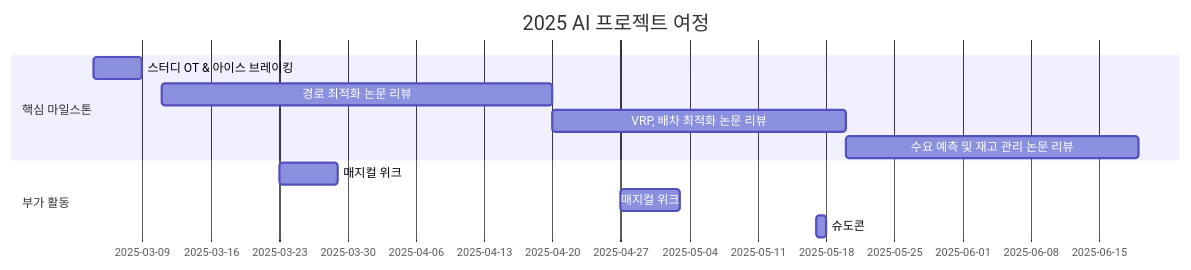
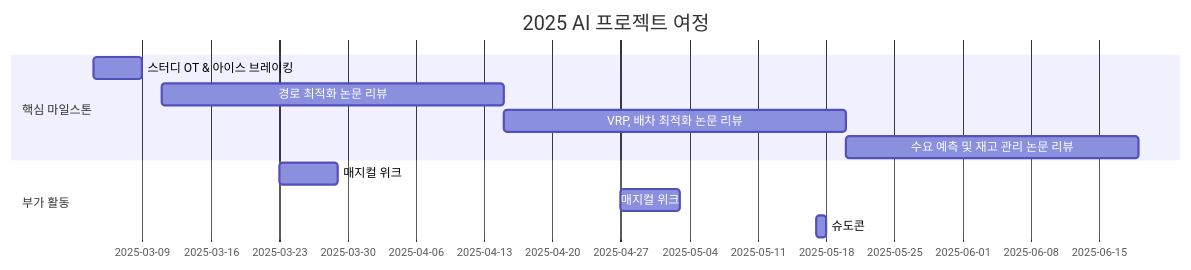
One commit to Pseudo-Lab/AI-in-Transportation-Logistics changed the diagram in README.md. Above: the diagram before and after it, drawn with Mermaid.

````diff
--- a/README.md
+++ b/README.md
@@ -84,14 +84,14 @@
 ```mermaid
 gantt
     title 2025 AI 프로젝트 여정
     section 핵심 마일스톤
     스터디 OT & 아이스 브레이킹       :a1, 2025-03-04, 5d
-    경로 최적화 논문 리뷰       :a2, 2025-03-11, 40d
-    VRP, 배차 최적화 논문 리뷰        :a3, after a2, 30d
+    경로 최적화 논문 리뷰       :a2, 2025-03-11, 35d
+    VRP, 배차 최적화 논문 리뷰        :a3, after a2, 35d
     수요 예측 및 재고 관리 논문 리뷰        :a4, after a3, 30d
     
     section 부가 활동
     매지컬 위크         :2025-03-23, 6d
     매지컬 위크         :2025-04-27, 6d
     슈도콘         :2025-05-17, 1d
 ```
````
